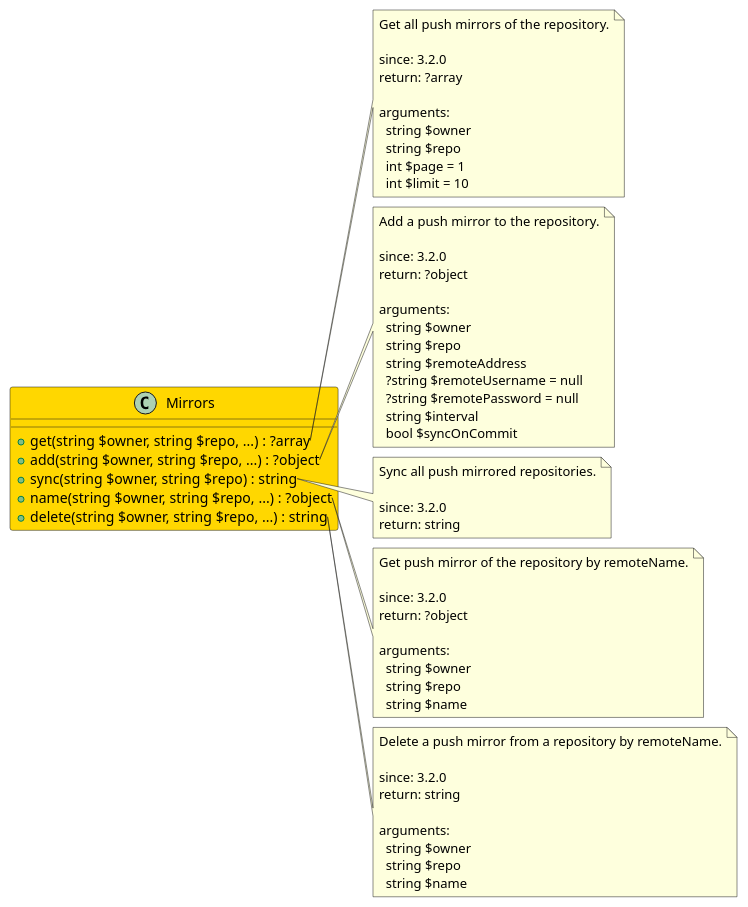
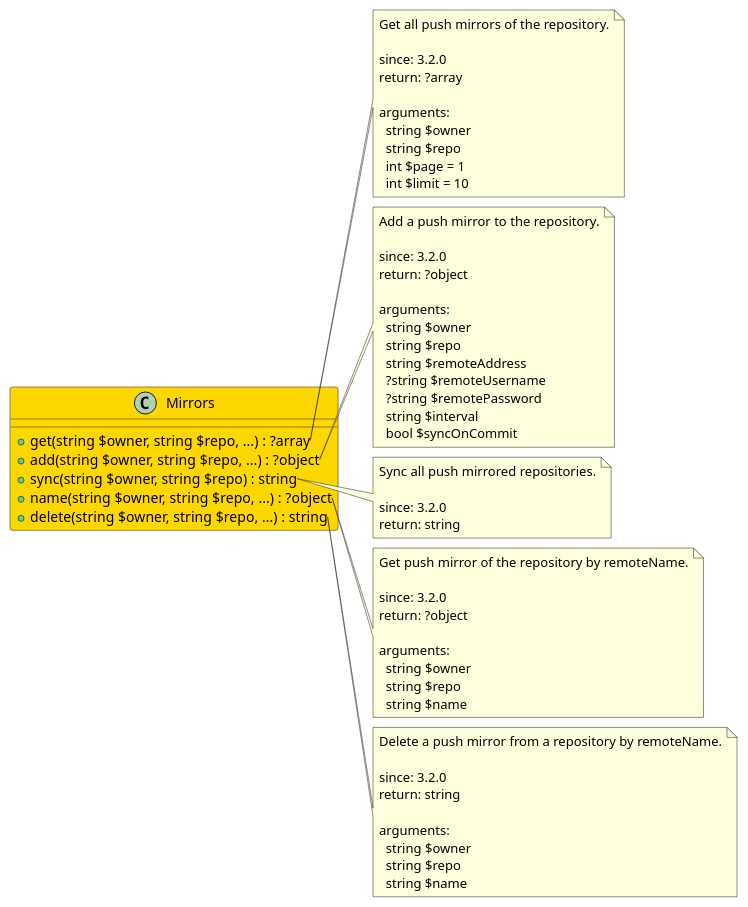
The diagram in src/403855fb-668d-464a-af45-8e30b198c9d6/README.md (joomengine/gitea), drawn with PlantUML before and after one commit. The commit also changed 370 other files, not shown here.

````diff
--- a/src/403855fb-668d-464a-af45-8e30b198c9d6/README.md
+++ b/src/403855fb-668d-464a-af45-8e30b198c9d6/README.md
@@ -6,73 +6,73 @@
 ```uml
 @startuml
 
 class Mirrors  #Gold {
   + get(string $owner, string $repo, ...) : ?array
   + add(string $owner, string $repo, ...) : ?object
   + sync(string $owner, string $repo) : string
   + name(string $owner, string $repo, ...) : ?object
   + delete(string $owner, string $repo, ...) : string
 }
 
 note right of Mirrors::get
   Get all push mirrors of the repository.
 
   since: 3.2.0
   return: ?array
   
   arguments:
     string $owner
     string $repo
     int $page = 1
     int $limit = 10
 end note
 
 note right of Mirrors::add
   Add a push mirror to the repository.
 
   since: 3.2.0
   return: ?object
   
   arguments:
     string $owner
     string $repo
     string $remoteAddress
-    ?string $remoteUsername = null
-    ?string $remotePassword = null
+    ?string $remoteUsername
+    ?string $remotePassword
     string $interval
     bool $syncOnCommit
 end note
 
 note right of Mirrors::sync
   Sync all push mirrored repositories.
 
   since: 3.2.0
   return: string
 end note
 
 note right of Mirrors::name
   Get push mirror of the repository by remoteName.
 
   since: 3.2.0
   return: ?object
   
   arguments:
     string $owner
     string $repo
     string $name
 end note
 
 note right of Mirrors::delete
   Delete a push mirror from a repository by remoteName.
 
   since: 3.2.0
   return: string
   
   arguments:
     string $owner
     string $repo
     string $name
 end note
 
 @enduml
 ```
````
